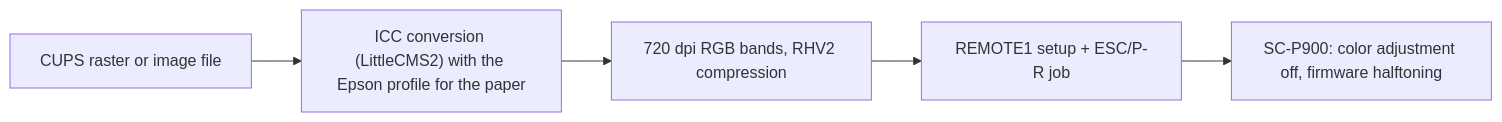
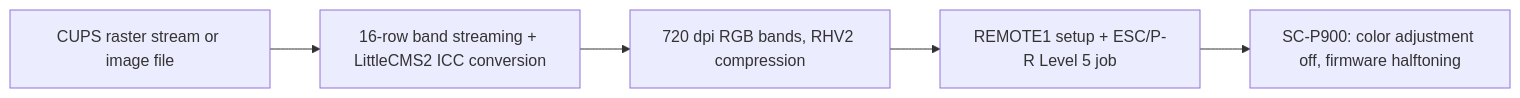
One commit to colorcube/epson-p900-escpr-cups changed the diagram in README.md. Above: the diagram before and after it, drawn with Mermaid. The commit also changed other lines of this file and 22 other files, not shown here.

Commit message:
Port rastertop900escpr CUPS filter and CLI to Rust with band-streaming and liblcms2 FFI

````diff
--- a/README.md
+++ b/README.md
@@ -115,7 +128,7 @@
 ```mermaid
 flowchart LR
-    A["CUPS raster or image file"] --> B["ICC conversion (LittleCMS2) with the Epson profile for the paper"]
+    A["CUPS raster stream or image file"] --> B["16-row band streaming + LittleCMS2 ICC conversion"]
     B --> C["720 dpi RGB bands, RHV2 compression"]
-    C --> D["REMOTE1 setup + ESC/P-R job"]
+    C --> D["REMOTE1 setup + ESC/P-R Level 5 job"]
     D --> E["SC-P900: color adjustment off, firmware halftoning"]
 ```
````
